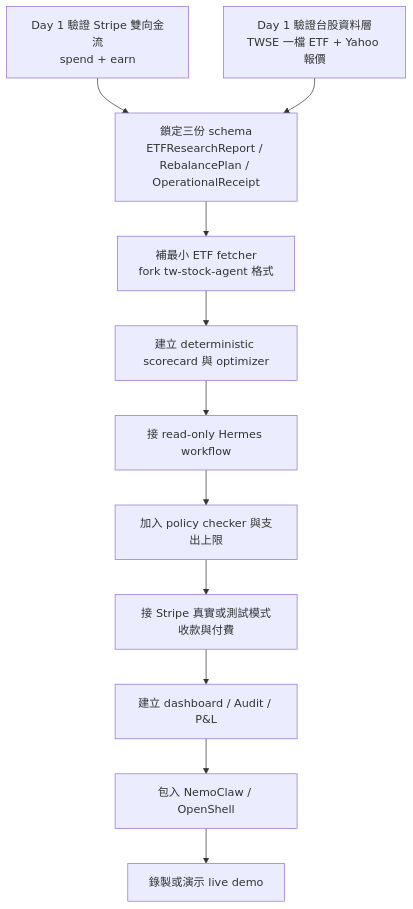
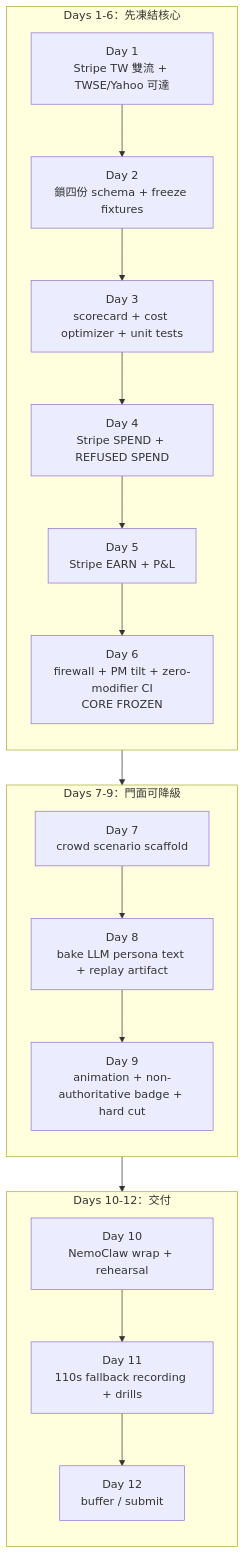
One commit to Silavater/stack_fund_agent changed the ninth of 10 diagrams in doc/StackFund_架構分析_Mermaid.md. Above: the diagram before and after it, drawn with Mermaid. The commit also changed other lines of this file, not shown here.

````diff
--- a/doc/StackFund_架構分析_Mermaid.md
+++ b/doc/StackFund_架構分析_Mermaid.md
@@ -452,25 +496,31 @@
 ```mermaid
 flowchart TD
-    A["Day 1 驗證 Stripe 雙向金流<br/>spend + earn"]
-    B["Day 1 驗證台股資料層<br/>TWSE 一檔 ETF + Yahoo 報價"]
-    C["鎖定三份 schema<br/>ETFResearchReport / RebalancePlan / OperationalReceipt"]
-    D["補最小 ETF fetcher<br/>fork tw-stock-agent 格式"]
-    E["建立 deterministic scorecard 與 optimizer"]
-    F["接 read-only Hermes workflow"]
-    G["加入 policy checker 與支出上限"]
-    H["接 Stripe 真實或測試模式收款與付費"]
-    I["建立 dashboard / Audit / P&L"]
-    J["包入 NemoClaw / OpenShell"]
-    K["錄製或演示 live demo"]
+    subgraph Core["Days 1-6：先凍結核心"]
+        direction TB
+        D1["Day 1<br/>Stripe TW 雙流 + TWSE/Yahoo 可達"]
+        D2["Day 2<br/>鎖四份 schema + freeze fixtures"]
+        D3["Day 3<br/>scorecard + cost optimizer + unit tests"]
+        D4["Day 4<br/>Stripe SPEND + REFUSED SPEND"]
+        D5["Day 5<br/>Stripe EARN + P&L"]
+        D6["Day 6<br/>firewall + PM tilt + zero-modifier CI<br/>CORE FROZEN"]
+        D1 --> D2 --> D3 --> D4 --> D5 --> D6
+    end
 
-    A --> C
-    B --> C
-    C --> D
-    D --> E
-    E --> F
-    F --> G
-    G --> H
-    H --> I
-    I --> J
-    J --> K
+    subgraph FaceBuild["Days 7-9：門面可降級"]
+        direction TB
+        D7["Day 7<br/>crowd scenario scaffold"]
+        D8["Day 8<br/>bake LLM persona text + replay artifact"]
+        D9["Day 9<br/>animation + non-authoritative badge + hard cut"]
+        D7 --> D8 --> D9
+    end
+
+    subgraph Delivery["Days 10-12：交付"]
+        direction TB
+        D10["Day 10<br/>NemoClaw wrap + rehearsal"]
+        D11["Day 11<br/>110s fallback recording + drills"]
+        D12["Day 12<br/>buffer / submit"]
+        D10 --> D11 --> D12
+    end
+
+    Core --> FaceBuild --> Delivery
 ```
````
